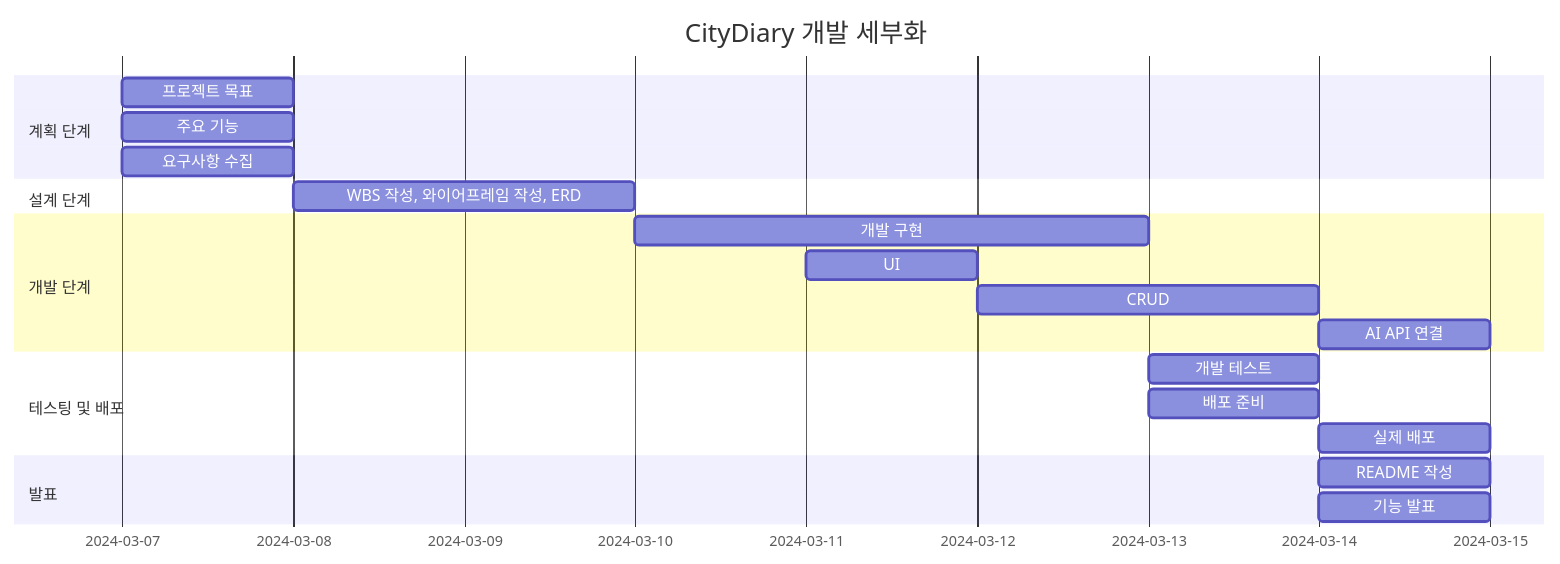
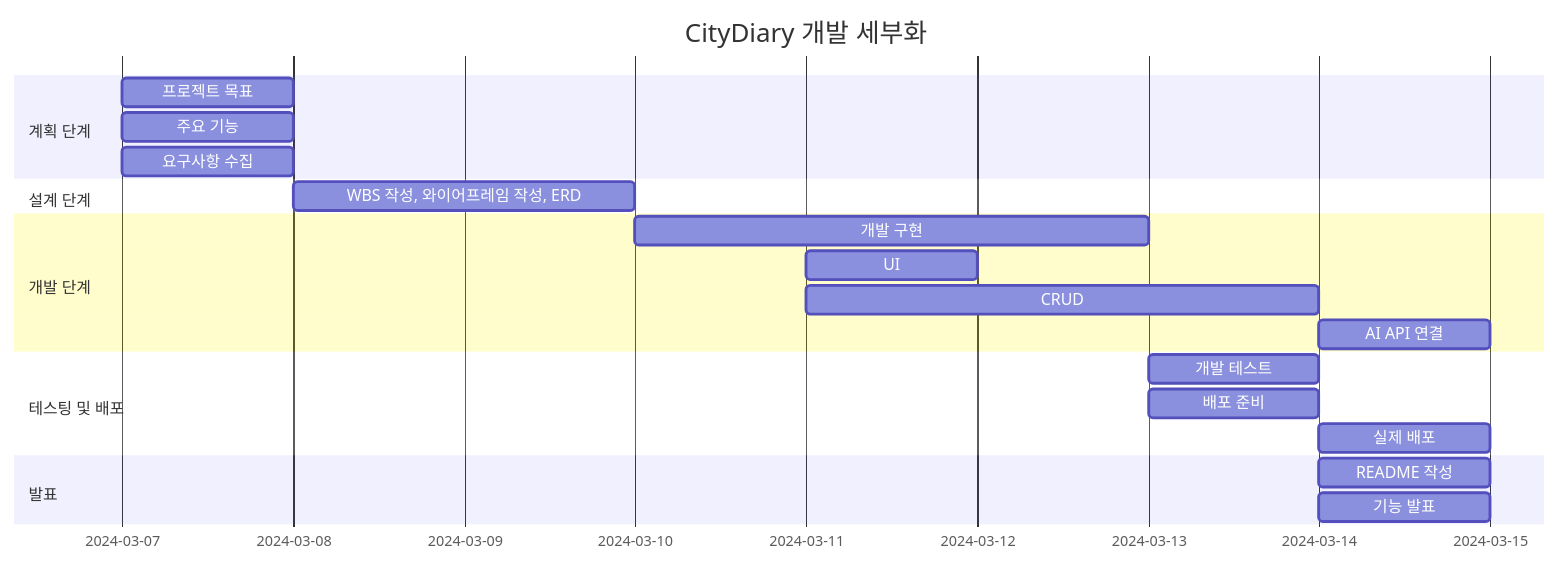
One commit to soohyun020812/Portfolio_CityDiary changed the diagram in README.md. Above: the diagram before and after it, drawn with Mermaid.

````diff
--- a/README.md
+++ b/README.md
@@ -42,28 +42,28 @@
 ```mermaid
 gantt
     title CityDiary 개발 세부화
     dateFormat    YYYY-MM-DD
 
     section 계획 단계
     프로젝트 목표 : 2024-03-07, 1d
     주요 기능 : 2024-03-07, 1d
     요구사항 수집 : 2024-03-07, 1d
     
     section 설계 단계
     WBS 작성, 와이어프레임 작성, ERD : 2024-03-08, 2d
 
     section 개발 단계
     개발 구현 : 2024-03-10, 3d
     UI : 2024-03-11, 1d
-    CRUD : 2024-03-12, 2d
+    CRUD : 2024-03-11, 3d
     AI API 연결 : 2024-03-14, 1d
     
     section 테스팅 및 배포
     개발 테스트 : 2024-03-13, 1d
     배포 준비 : 2024-03-13, 1d
     실제 배포 : 2024-03-14, 1d
 
     section 발표
     README 작성 : 2024-03-14, 1d
     기능 발표 : 2024-03-14, 1d
 ```
````
